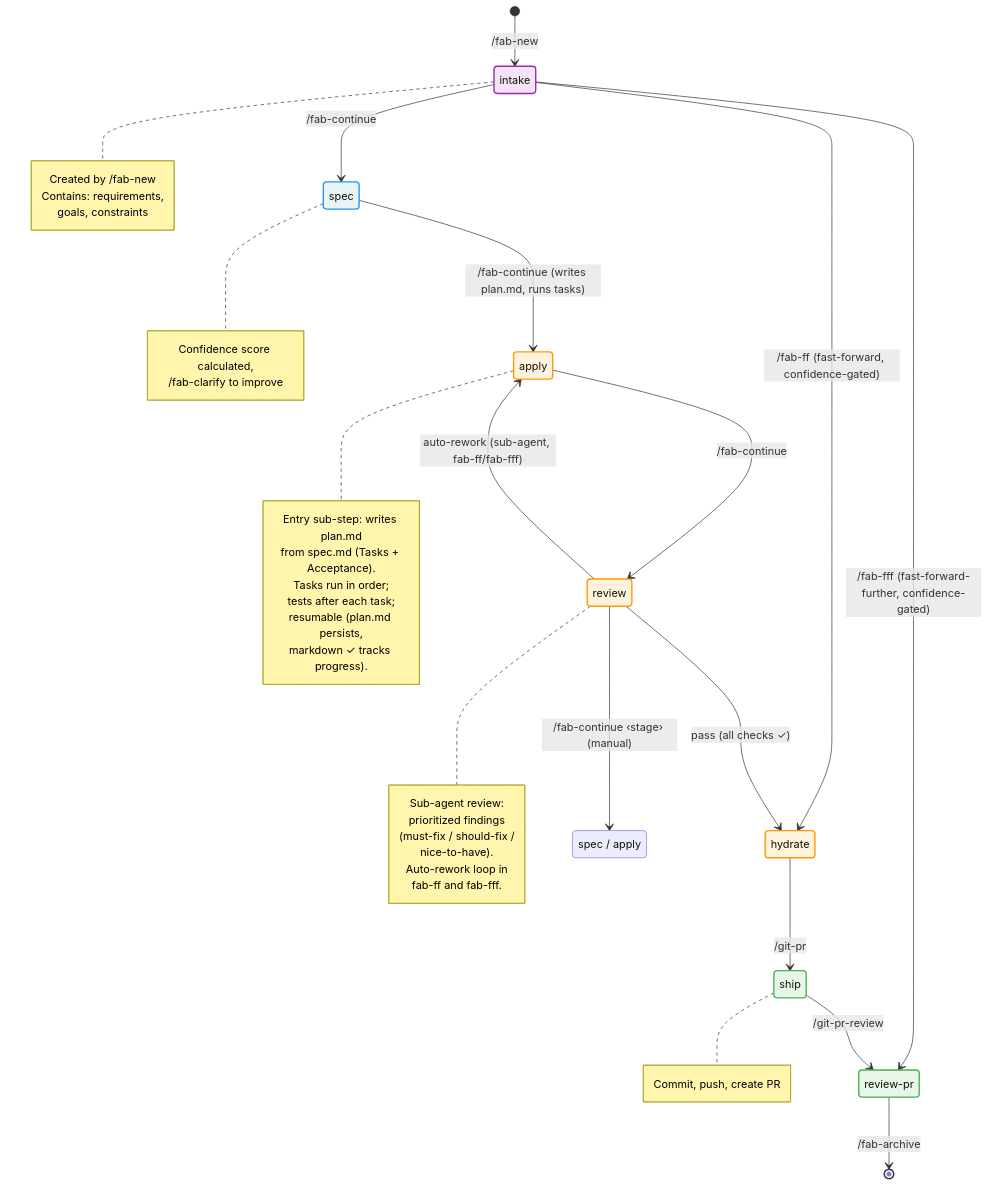
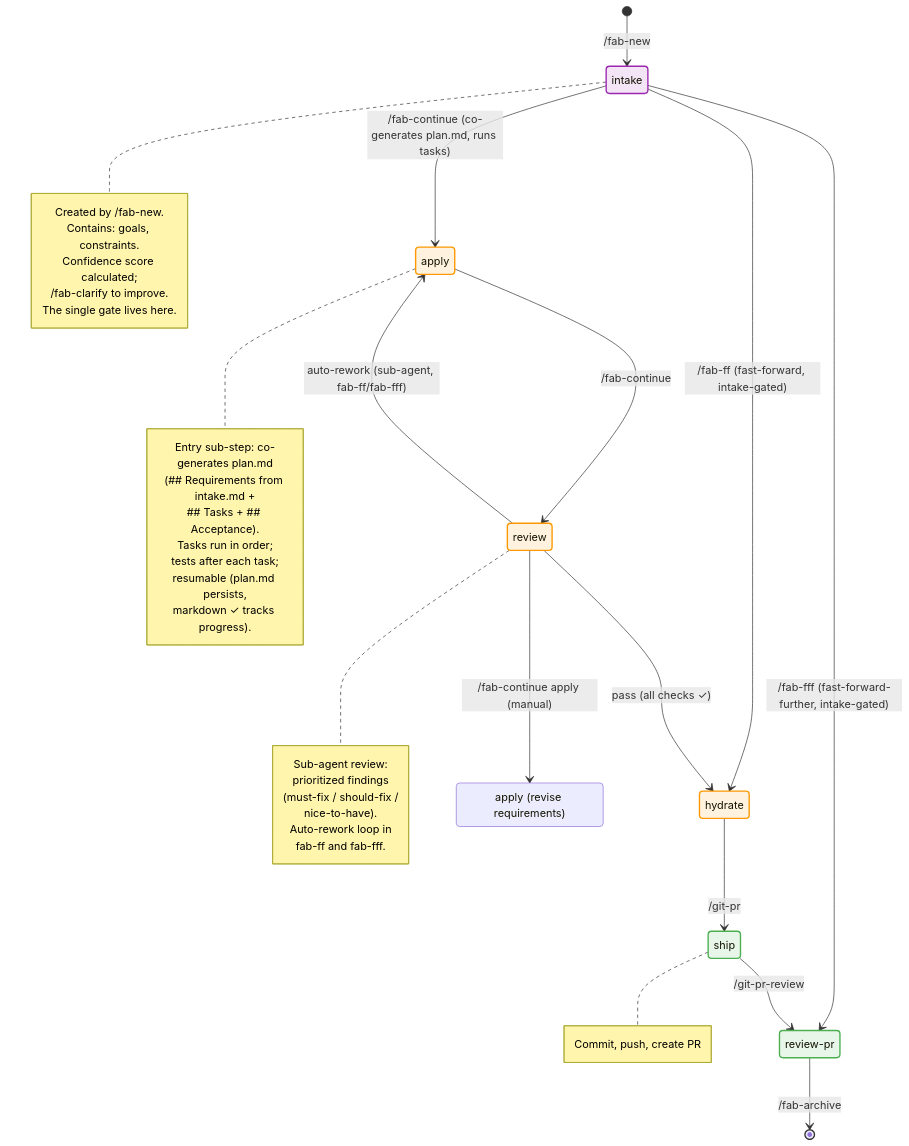
The third of 4 diagrams in docs/specs/user-flow.md (sahil87/fab-kit), drawn with Mermaid before and after one commit. The commit also changed other lines of this file and 74 other files, not shown here.

First line of the commit message:
refactor: merge spec stage into apply, frontload SRAD to intake

````diff
--- a/docs/specs/user-flow.md
+++ b/docs/specs/user-flow.md
@@ -90,70 +86,65 @@
 ```mermaid
 stateDiagram-v2
     direction TB
 
     [*] --> intake: /fab-new
 
-    intake --> spec: /fab-continue
-
-    spec --> apply: /fab-continue (writes plan.md, runs tasks)
-    intake --> hydrate: /fab-ff (fast-forward, confidence-gated)
-    intake --> review_pr: /fab-fff (fast-forward-further, confidence-gated)
+    intake --> apply: /fab-continue (co-generates plan.md, runs tasks)
+    intake --> hydrate: /fab-ff (fast-forward, intake-gated)
+    intake --> review_pr: /fab-fff (fast-forward-further, intake-gated)
 
     apply --> review: /fab-continue
 
     review --> hydrate: pass (all checks ✓)
     review --> apply: auto-rework (sub-agent, fab-ff/fab-fff)
-    review --> earlier_stage: /fab-continue ‹stage› (manual)
+    review --> earlier_stage: /fab-continue apply (manual)
 
-    state "spec / apply" as earlier_stage
+    state "apply (revise requirements)" as earlier_stage
 
     hydrate --> ship: /git-pr
     ship --> review_pr: /git-pr-review
     review_pr --> [*]: /fab-archive
 
     state "review-pr" as review_pr
 
     note right of intake
-        Created by /fab-new
-        Contains: requirements,
-        goals, constraints
-    end note
-
-    note right of spec
-        Confidence score calculated,
-        /fab-clarify to improve
+        Created by /fab-new.
+        Contains: goals, constraints.
+        Confidence score calculated;
+        /fab-clarify to improve.
+        The single gate lives here.
     end note
 
     note right of apply
-        Entry sub-step: writes plan.md
-        from spec.md (Tasks + Acceptance).
+        Entry sub-step: co-generates plan.md
+        (## Requirements from intake.md +
+        ## Tasks + ## Acceptance).
         Tasks run in order;
         tests after each task;
         resumable (plan.md persists,
         markdown ✓ tracks progress).
     end note
 
     note right of review
         Sub-agent review:
         prioritized findings
         (must-fix / should-fix /
         nice-to-have).
         Auto-rework loop in
         fab-ff and fab-fff.
     end note
 
     note right of ship
         Commit, push, create PR
     end note
 
     %% Styles
     classDef planning fill:#e8f4f8,stroke:#2196F3,stroke-width:2px
     classDef execution fill:#fff3e0,stroke:#FF9800,stroke-width:2px
     classDef shipping fill:#e8f5e9,stroke:#4CAF50,stroke-width:2px
     classDef input fill:#f3e5f5,stroke:#9C27B0,stroke-width:2px
 
     class intake input
-    class spec planning
     class apply,review,hydrate execution
     class ship,review_pr shipping
 ```
````
